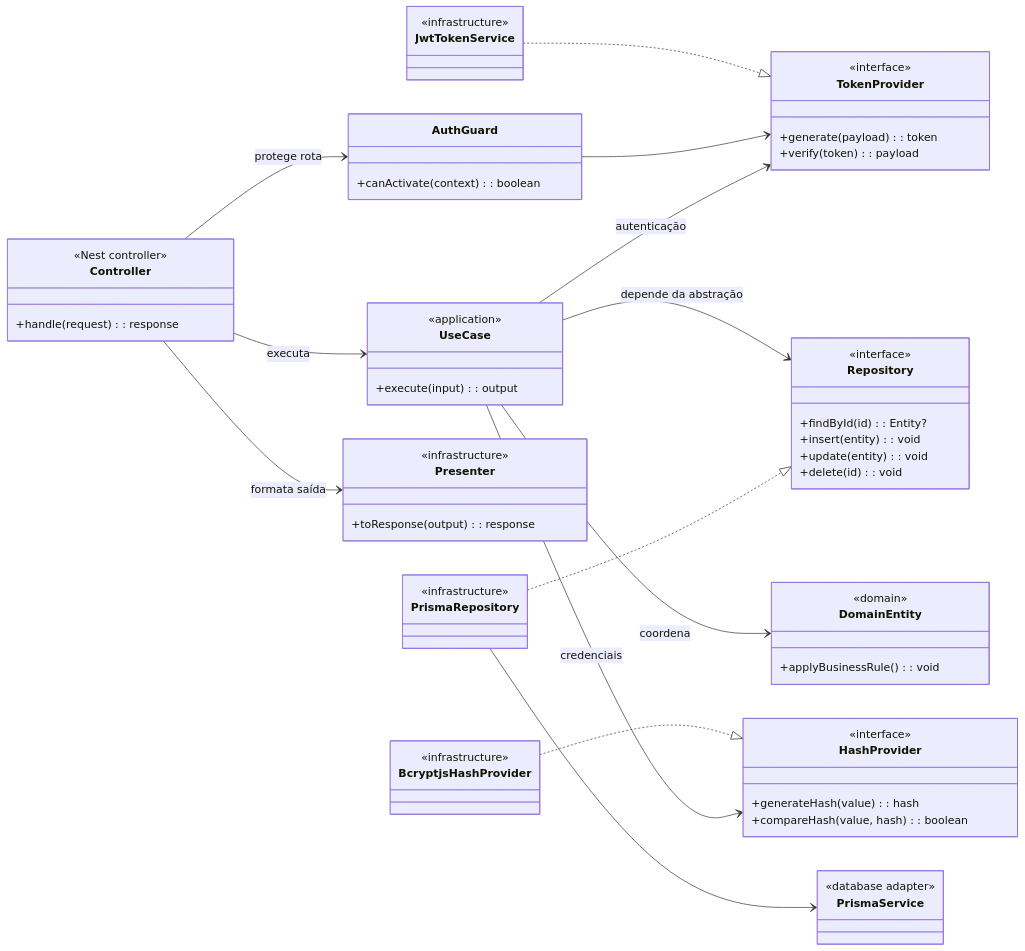
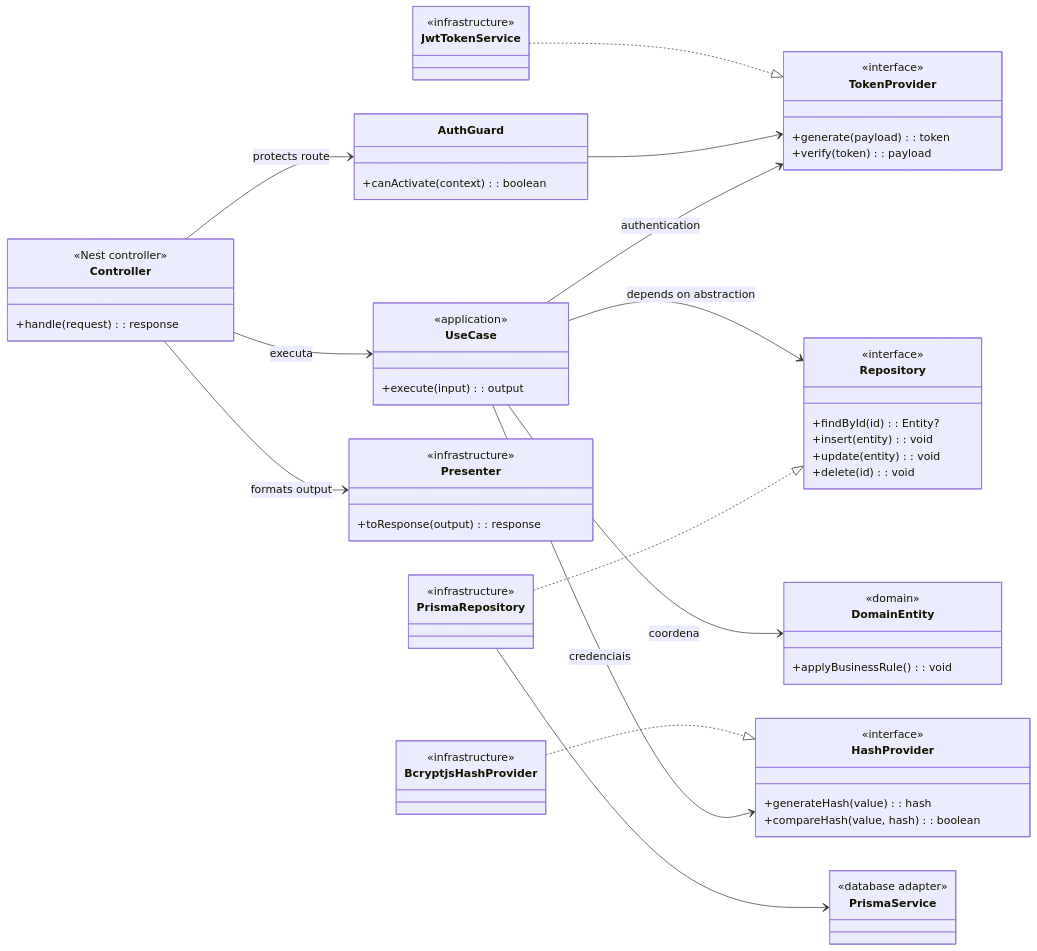
The second of 2 diagrams in docs/diagrams/classes.md (Lucalopezz/DevLog), drawn with Mermaid before and after one commit. The commit also changed other lines of this file and 235 other files, not shown here.

````diff
--- a/docs/diagrams/classes.md
+++ b/docs/diagrams/classes.md
@@ -210,66 +210,66 @@
 ```mermaid
 classDiagram
 direction LR
 
 class AuthGuard {
   +canActivate(context): boolean
 }
 class Controller {
   <<Nest controller>>
   +handle(request): response
 }
 class UseCase {
   <<application>>
   +execute(input): output
 }
 class DomainEntity {
   <<domain>>
   +applyBusinessRule(): void
 }
 class Repository {
   <<interface>>
   +findById(id): Entity?
   +insert(entity): void
   +update(entity): void
   +delete(id): void
 }
 class PrismaRepository {
   <<infrastructure>>
 }
 class PrismaService {
   <<database adapter>>
 }
 class Presenter {
   <<infrastructure>>
   +toResponse(output): response
 }
 class TokenProvider {
   <<interface>>
   +generate(payload): token
   +verify(token): payload
 }
 class JwtTokenService {
   <<infrastructure>>
 }
 class HashProvider {
   <<interface>>
   +generateHash(value): hash
   +compareHash(value, hash): boolean
 }
 class BcryptjsHashProvider {
   <<infrastructure>>
 }
 
-Controller --> AuthGuard : protege rota
+Controller --> AuthGuard : protects route
 Controller --> UseCase : executa
-Controller --> Presenter : formata saída
-UseCase --> Repository : depende da abstração
+Controller --> Presenter : formats output
+UseCase --> Repository : depends on abstraction
 UseCase --> DomainEntity : coordena
 PrismaRepository ..|> Repository
 PrismaRepository --> PrismaService
 JwtTokenService ..|> TokenProvider
 BcryptjsHashProvider ..|> HashProvider
 AuthGuard --> TokenProvider
-UseCase --> TokenProvider : autenticação
+UseCase --> TokenProvider : authentication
 UseCase --> HashProvider : credenciais
 ```
````
